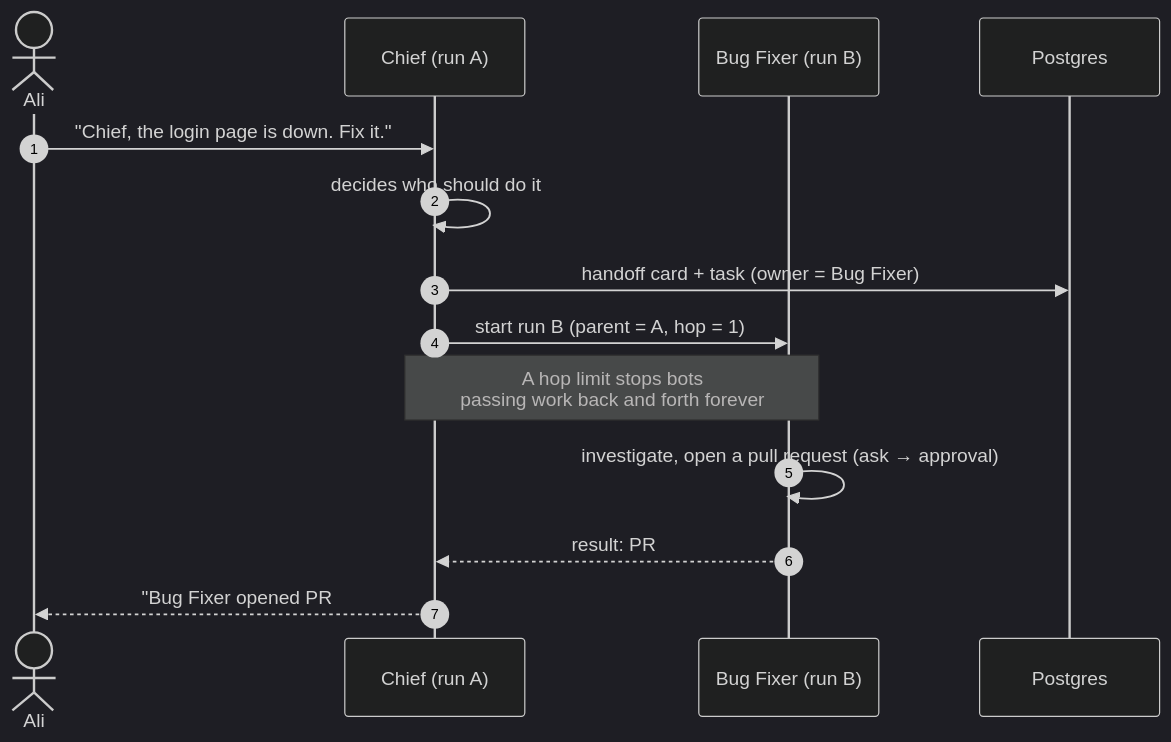
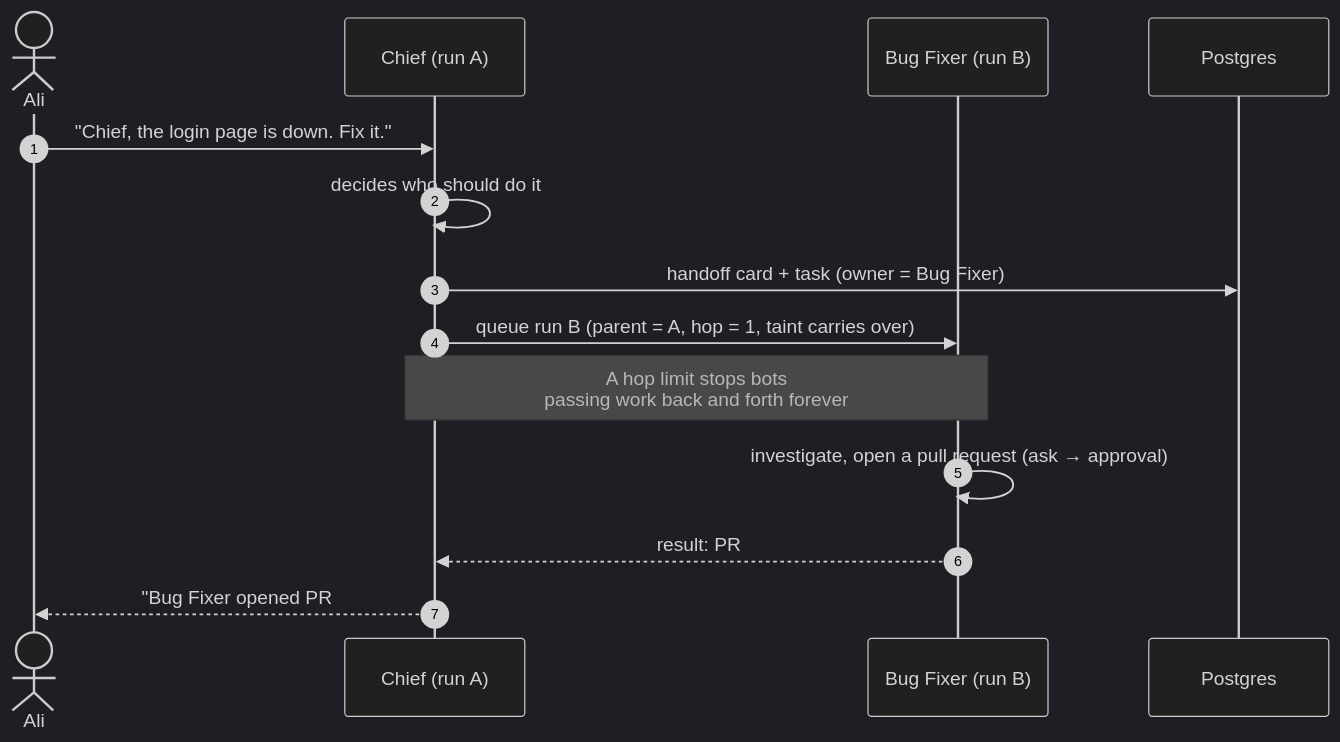
The diagram in docs/architecture/diagrams/07-handoff-sequence.mmd (alihassan-coder/botdesk), drawn with Mermaid (dark theme) before and after one commit. The commit also changed 23 other files, not shown here.

Commit message:
docs: align architecture docs and diagrams with ADRs 0004-0006, mark high-level.md as partly historical

```diff
--- a/docs/architecture/diagrams/07-handoff-sequence.mmd
+++ b/docs/architecture/diagrams/07-handoff-sequence.mmd
@@ -1,14 +1,14 @@
 sequenceDiagram
   autonumber
   actor Ali as Ali
   participant CH as Chief (run A)
   participant BF as Bug Fixer (run B)
   participant DB as Postgres
   Ali->>CH: "Chief, the login page is down. Fix it."
   CH->>CH: decides who should do it
   CH->>DB: handoff card + task (owner = Bug Fixer)
-  CH->>BF: start run B (parent = A, hop = 1)
+  CH->>BF: queue run B (parent = A, hop = 1, taint carries over)
   Note over CH,BF: A hop limit stops bots<br/>passing work back and forth forever
   BF->>BF: investigate, open a pull request (ask → approval)
   BF-->>CH: result: PR #42 opened
   CH-->>Ali: "Bug Fixer opened PR #42. Want me to watch the deploy?"
```
